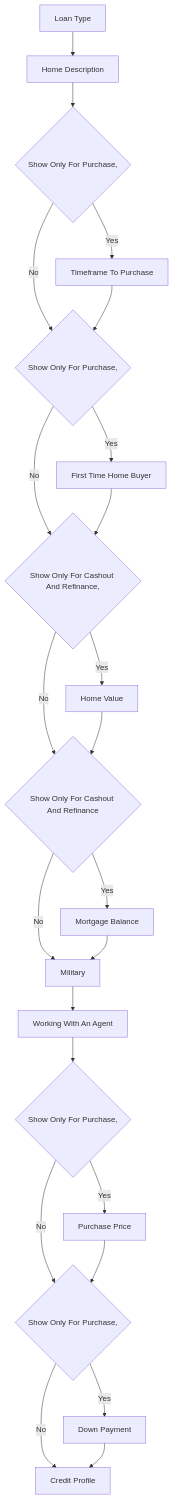
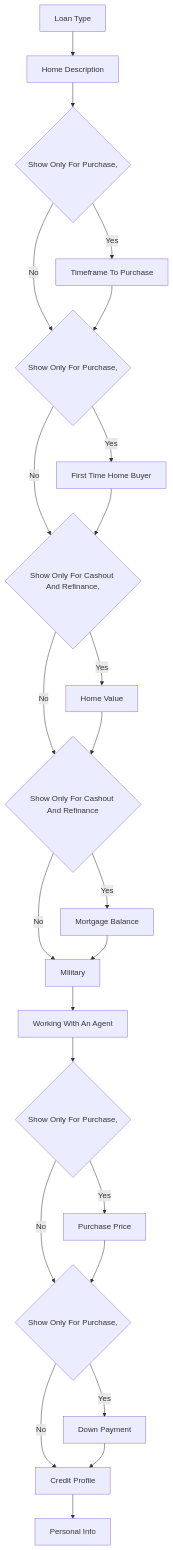
One commit to NJ-Brad/Flowchart-DSL changed the diagram in src/Whammie.md. Above: the diagram before and after it, drawn with Mermaid.

````diff
--- a/src/Whammie.md
+++ b/src/Whammie.md
@@ -1,43 +1,45 @@
 ```mermaid
 flowchart TB
     LoanType["Loan Type"]
     HomeDescription["Home Description"]
     TimeframeToPurchase_cnd{"Show Only For Purchase,"}
     TimeframeToPurchase["Timeframe To Purchase"]
     FirstTimeHomeBuyer_cnd{"Show Only For Purchase,"}
     FirstTimeHomeBuyer["First Time Home Buyer"]
     HomeValue_cnd{"Show Only For Cashout And Refinance,"}
     HomeValue["Home Value"]
     MortgageBalance_cnd{"Show Only For Cashout And Refinance"}
     MortgageBalance["Mortgage Balance"]
     Military["Military"]
     WorkingWithAnAgent["Working With An Agent"]
     PurchasePrice_cnd{"Show Only For Purchase,"}
     PurchasePrice["Purchase Price"]
     DownPayment_cnd{"Show Only For Purchase,"}
     DownPayment["Down Payment"]
     CreditProfile["Credit Profile"]
+    PersonalInfo["Personal Info"]
     TimeframeToPurchase_cnd--"Yes"-->TimeframeToPurchase
     TimeframeToPurchase_cnd--"No"-->FirstTimeHomeBuyer_cnd
     FirstTimeHomeBuyer_cnd--"Yes"-->FirstTimeHomeBuyer
     FirstTimeHomeBuyer_cnd--"No"-->HomeValue_cnd
     HomeValue_cnd--"Yes"-->HomeValue
     HomeValue_cnd--"No"-->MortgageBalance_cnd
     MortgageBalance_cnd--"Yes"-->MortgageBalance
     MortgageBalance_cnd--"No"-->Military
     PurchasePrice_cnd--"Yes"-->PurchasePrice
     PurchasePrice_cnd--"No"-->DownPayment_cnd
     DownPayment_cnd--"Yes"-->DownPayment
     DownPayment_cnd--"No"-->CreditProfile
     LoanType--" "-->HomeDescription
     HomeDescription--" "-->TimeframeToPurchase_cnd
     TimeframeToPurchase--" "-->FirstTimeHomeBuyer_cnd
     FirstTimeHomeBuyer--" "-->HomeValue_cnd
     HomeValue--" "-->MortgageBalance_cnd
     MortgageBalance--" "-->Military
     Military--" "-->WorkingWithAnAgent
     WorkingWithAnAgent--" "-->PurchasePrice_cnd
     PurchasePrice--" "-->DownPayment_cnd
     DownPayment--" "-->CreditProfile
+    CreditProfile--" "-->PersonalInfo
 
 ```
````
